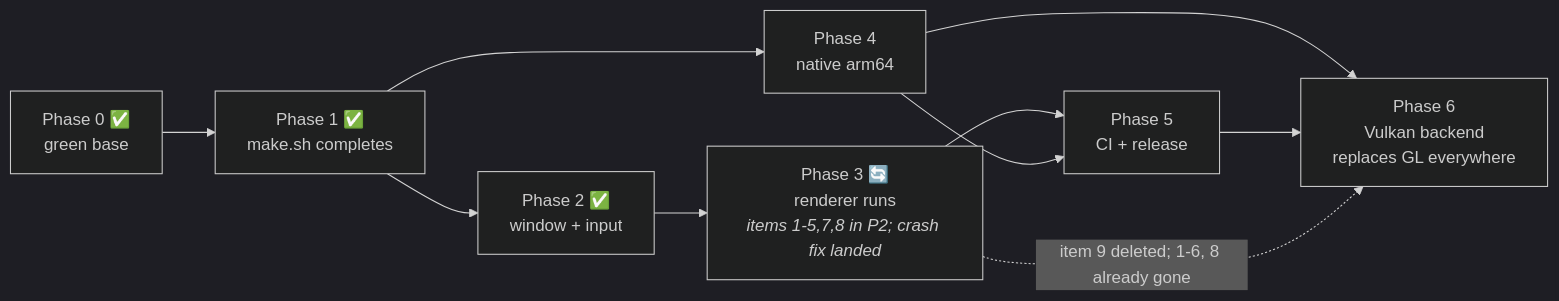
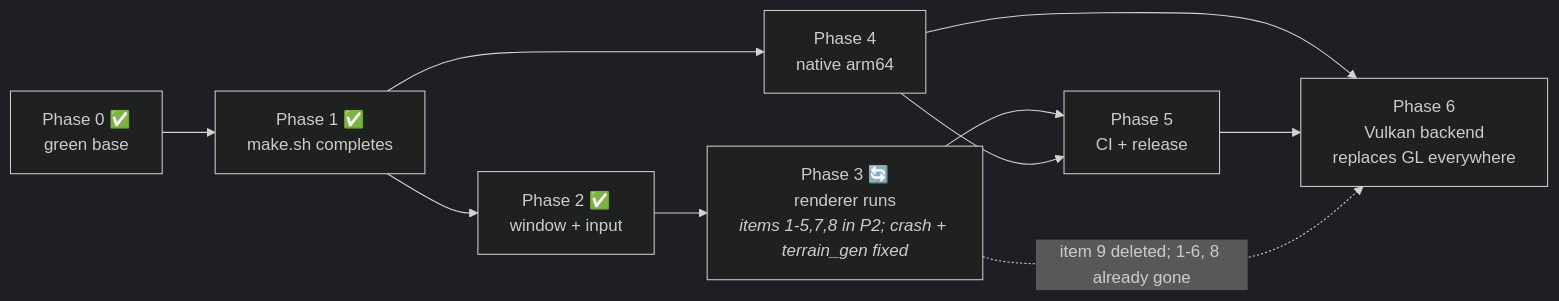
Before and after one commit to nsillik/bonsai: the diagram in PLAN.md, drawn with Mermaid (dark theme). The commit also changed other lines of this file and 3 other files, not shown here.

````diff
--- a/PLAN.md
+++ b/PLAN.md
@@ -126,12 +140,12 @@
 ```mermaid
 graph LR
   P0["Phase 0 ✅<br/>green base"] --> P1["Phase 1 ✅<br/>make.sh completes"]
   P1 --> P2["Phase 2 ✅<br/>window + input"]
-  P2 --> P3["Phase 3 🔄<br/>renderer runs<br/><i>items 1-5,7,8 in P2; crash fix landed</i>"]
+  P2 --> P3["Phase 3 🔄<br/>renderer runs<br/><i>items 1-5,7,8 in P2; crash + terrain_gen fixed</i>"]
   P1 --> P4["Phase 4<br/>native arm64"]
   P3 --> P5["Phase 5<br/>CI + release"]
   P4 --> P5
   P4 --> P6["Phase 6<br/>Vulkan backend<br/>replaces GL everywhere"]
   P5 --> P6
   P3 -.->|"item 9 deleted; 1-6, 8 already gone"| P6
 ```
````
